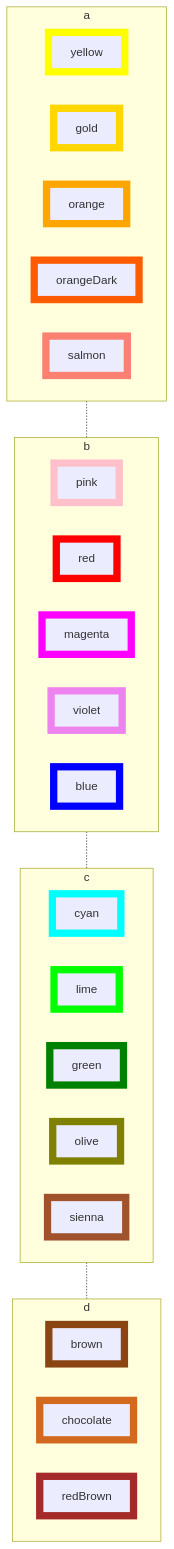
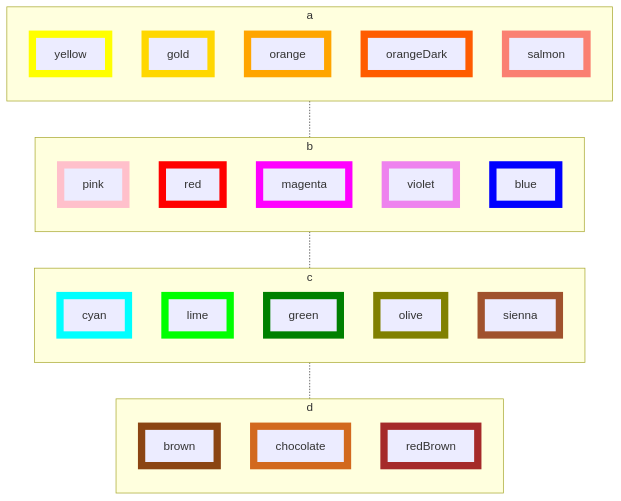
The second of 2 diagrams in files/fill-and-stroke-colors.md (Ee-Cs/Ee-Cs.github.io), drawn with Mermaid before and after one commit.

````diff
--- a/files/fill-and-stroke-colors.md
+++ b/files/fill-and-stroke-colors.md
@@ -28,49 +28,53 @@
 ```mermaid
 flowchart TB
 subgraph a
+    direction TB
     yellow:::yellow
     gold:::gold
     orange:::orange
     orangeDark:::orangeDark
     salmon:::salmon
 end
 subgraph b
+    direction TB
     pink:::pink
     red:::red
     magenta:::magenta
     violet:::violet
     blue:::blue
 end
 subgraph c
+    direction TB
     cyan:::cyan
     lime:::lime
     green:::green
     olive:::olive
     sienna:::sienna
 end
 subgraph d
+    direction TB
     brown:::brown
     chocolate:::chocolate
     redBrown:::redBrown
 end
 a -.- b -.- c -.- d
 %% Styles
     classDef brown stroke:saddlebrown,stroke-width:10px
     classDef blue stroke:blue,stroke-width:10px
     classDef chocolate stroke:chocolate,stroke-width:10px
     classDef cyan stroke:cyan,stroke-width:10px
     classDef gold stroke:gold,stroke-width:10px
     classDef green stroke:green,stroke-width:10px
     classDef lime stroke:lime,stroke-width:10px
     classDef magenta stroke:magenta,stroke-width:10px
     classDef olive stroke:olive,stroke-width:10px
     classDef orange stroke:orange,stroke-width:10px
     classDef orangeDark stroke:#FF5C00,stroke-width:10px
     classDef pink stroke:pink,stroke-width:10px
     classDef red stroke:red,stroke-width:10px
     classDef redBrown stroke:brown,stroke-width:10px
     classDef salmon stroke:salmon,stroke-width:10px
     classDef sienna stroke:sienna,stroke-width:10px
     classDef violet stroke:violet,stroke-width:10px
     classDef yellow stroke:yellow,stroke-width:10px
 ```
````
